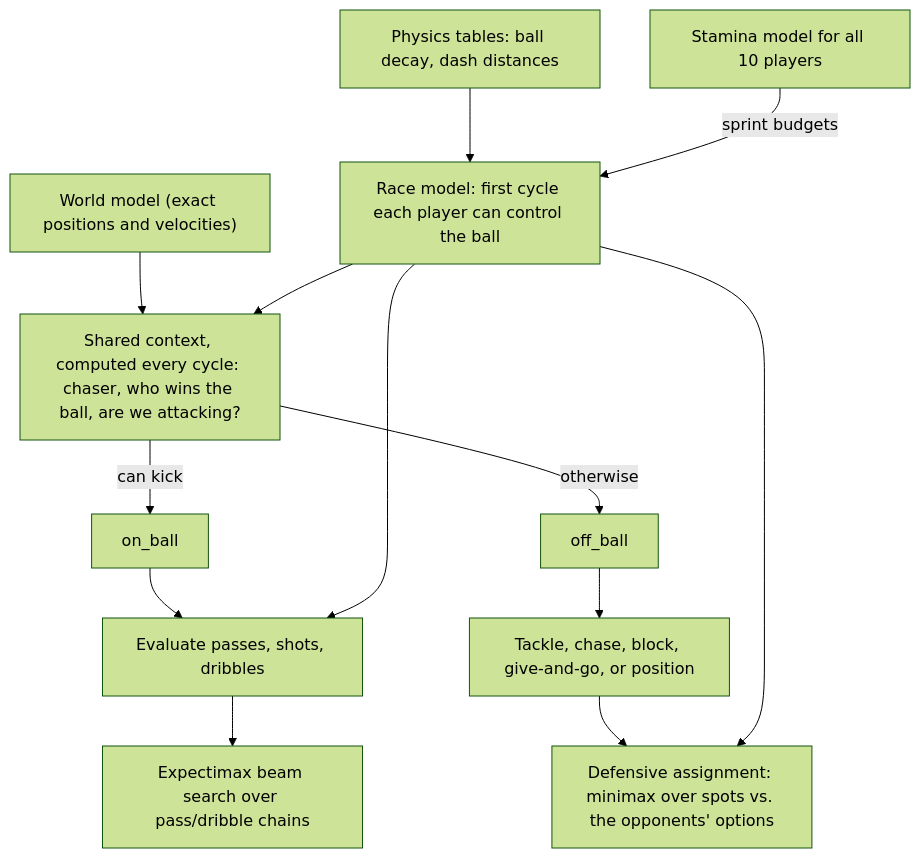
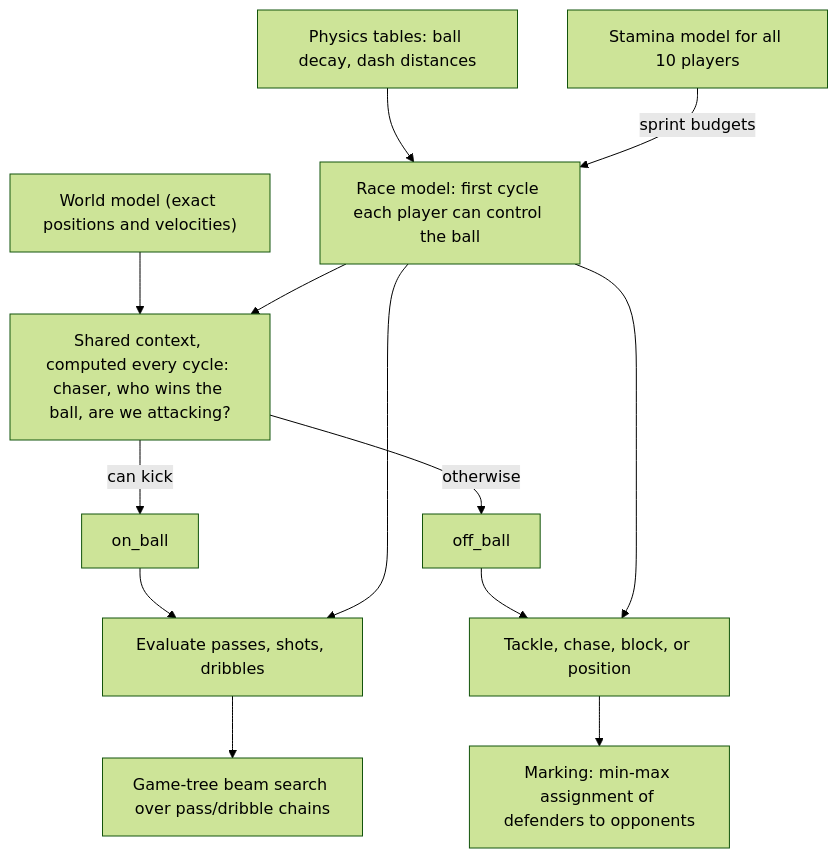
The diagram in README.md (sir12321/robocup-2d-smart-game-tree-bot), drawn with Mermaid (forest theme) before and after one commit. The commit also changed other lines of this file and 16 other files, not shown here.

````diff
--- a/README.md
+++ b/README.md
@@ -49,16 +49,16 @@
 ```mermaid
 flowchart TD
     WM["World model (exact positions and velocities)"] --> CTX
     PHYS["Physics tables: ball decay, dash distances"] --> RACE
     STAM["Stamina model for all 10 players"] -- sprint budgets --> RACE
     RACE["Race model: first cycle each player can control the ball"] --> CTX
     CTX["Shared context, computed every cycle: chaser, who wins the ball, are we attacking?"]
     CTX -- "can kick" --> ON["on_ball"]
     CTX -- "otherwise" --> OFF["off_ball"]
     ON --> EVAL["Evaluate passes, shots, dribbles"]
-    EVAL --> EXP["Expectimax beam search over pass/dribble chains"]
-    OFF --> RULES["Tackle, chase, block, give-and-go, or position"]
-    RULES --> DEF["Defensive assignment: minimax over spots vs. the opponents' options"]
+    EVAL --> TREE["Game-tree beam search over pass/dribble chains"]
+    OFF --> RULES["Tackle, chase, block, or position"]
+    RULES --> DEF["Marking: min-max assignment of defenders to opponents"]
     RACE --> EVAL
-    RACE --> DEF
+    RACE --> RULES
 ```
````
